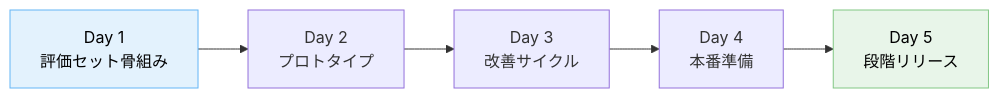
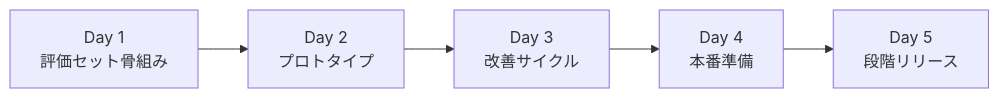
One commit to dinekt/dinekt-wiki changed the first of 3 diagrams in docs/case-studies/評価駆動で-llm-機能をゼロから作った-5-日間の流れ.md. Above: the diagram before and after it, drawn with Mermaid. The commit also changed other lines of this file and 70 other files, not shown here.

First line of the commit message:
fix(mermaid): strip all inline styling, rely on theme

````diff
--- a/docs/case-studies/評価駆動で-llm-機能をゼロから作った-5-日間の流れ.md
+++ b/docs/case-studies/評価駆動で-llm-機能をゼロから作った-5-日間の流れ.md
@@ -29,10 +29,8 @@
 ```mermaid
 flowchart LR
     D1[Day 1<br/>評価セット骨組み] --> D2[Day 2<br/>プロトタイプ]
     D2 --> D3[Day 3<br/>改善サイクル]
     D3 --> D4[Day 4<br/>本番準備]
     D4 --> D5[Day 5<br/>段階リリース]
 
-    style D1 fill:#e3f2fd,stroke:#64b5f6,color:#000
-    style D5 fill:#e8f5e9,stroke:#81c784,color:#000
 ```
````
